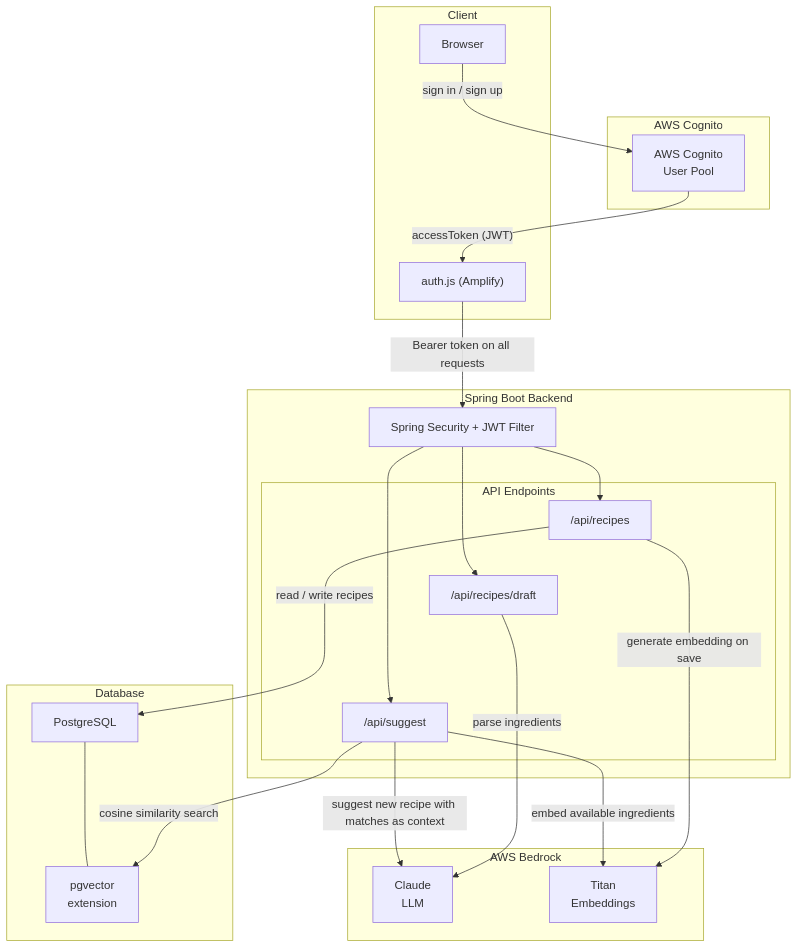
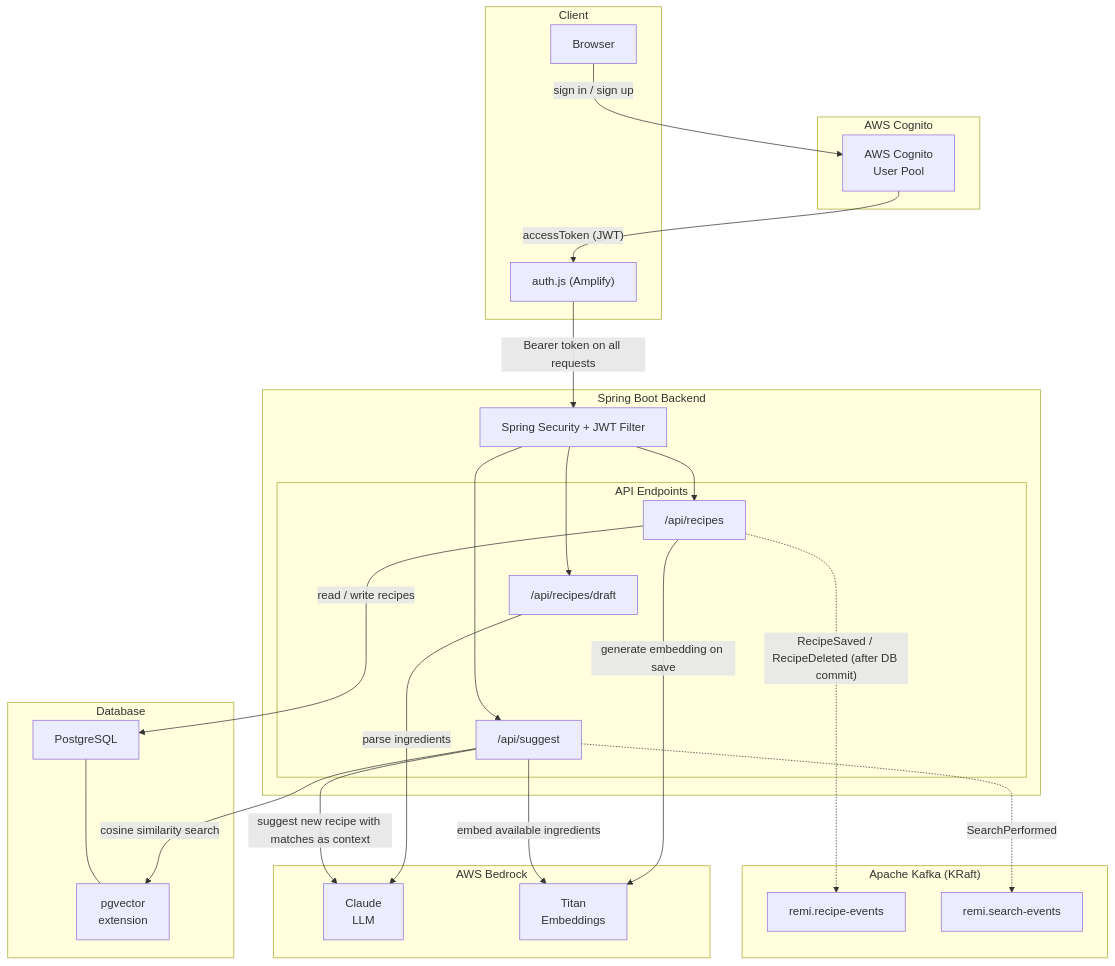
The first of 3 diagrams in README.md (apotnis07/fridge-to-fork), drawn with Mermaid before and after one commit. The commit also changed other lines of this file, not shown here.

````diff
--- a/README.md
+++ b/README.md
@@ -40,49 +41,57 @@
 ```mermaid
 flowchart TB
     subgraph Client["Client"]
         Browser["Browser"]
         AuthJS["auth.js (Amplify)"]
     end
 
     subgraph AWS["AWS Cognito"]
         Cognito["AWS Cognito\nUser Pool"]
     end
 
     subgraph Bedrock["AWS Bedrock"]
         Claude["Claude\nLLM"]
         Titan["Titan\nEmbeddings"]
     end
 
     subgraph Backend["Spring Boot Backend"]
         Security["Spring Security + JWT Filter"]
         subgraph Endpoints["API Endpoints"]
             RecipeAPI["/api/recipes"]
             SuggestAPI["/api/suggest"]
             DraftAPI["/api/recipes/draft"]
         end
         RecipeAPI ~~~ DraftAPI ~~~ SuggestAPI
     end
 
     subgraph Database["Database"]
         PG["PostgreSQL"]
         PGV["pgvector\nextension"]
     end
 
+    subgraph Kafka["Apache Kafka (KRaft)"]
+        RecipeTopic["remi.recipe-events"]
+        SearchTopic["remi.search-events"]
+    end
+
     Browser -- "sign in / sign up" --> Cognito
     Cognito -- "accessToken (JWT)" --> AuthJS
     AuthJS -- "Bearer token on all requests" --> Security
 
     Security --> RecipeAPI
     Security --> DraftAPI
     Security --> SuggestAPI
 
     DraftAPI -- "parse ingredients" --> Claude
     SuggestAPI -- "suggest new recipe with matches as context" --> Claude
 
     RecipeAPI -- "generate embedding on save" --> Titan
     SuggestAPI -- "embed available ingredients" --> Titan
 
     RecipeAPI -- "read / write recipes" --> PG
     SuggestAPI -- "cosine similarity search" --> PGV
     PG --- PGV
+
+    RecipeAPI -. "RecipeSaved / RecipeDeleted (after DB commit)" .-> RecipeTopic
+    SuggestAPI -. "SearchPerformed" .-> SearchTopic
 ```
````
